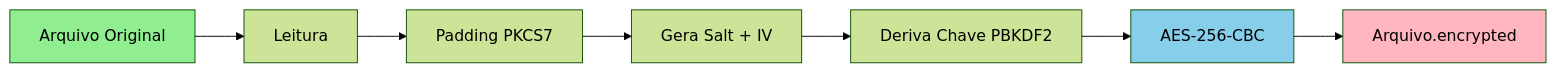
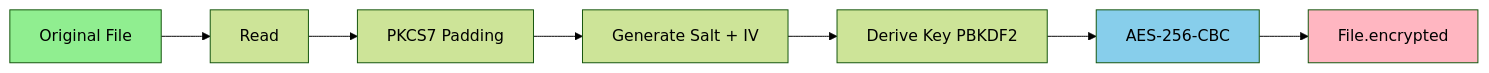
One commit to DiegoRibeirodeSouza/simple-aes-encryptor changed the diagram in README.md. Above: the diagram before and after it, drawn with Mermaid (forest theme). The commit also changed other lines of this file and 1 other file, not shown here.

````diff
--- a/README.md
+++ b/README.md
@@ -93,13 +91,13 @@
 ```mermaid
 graph LR
-    A[Arquivo Original] --> B[Leitura]
-    B --> C[Padding PKCS7]
-    C --> D[Gera Salt + IV]
-    D --> E[Deriva Chave PBKDF2]
+    A[Original File] --> B[Read]
+    B --> C[PKCS7 Padding]
+    C --> D[Generate Salt + IV]
+    D --> E[Derive Key PBKDF2]
     E --> F[AES-256-CBC]
-    F --> G[Arquivo.encrypted]
+    F --> G[File.encrypted]
     
     style A fill:#90EE90
     style G fill:#FFB6C1
     style F fill:#87CEEB
 ```
````
